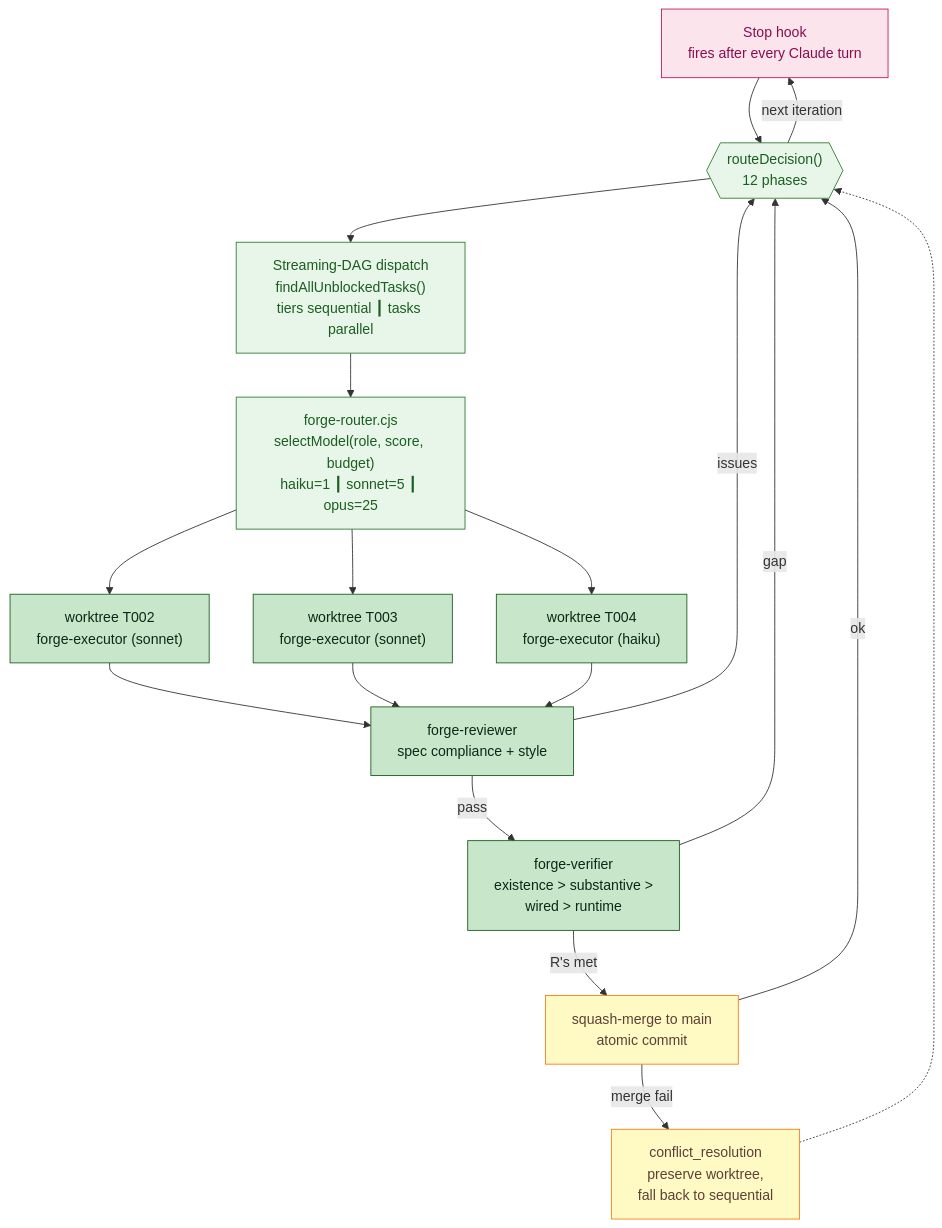
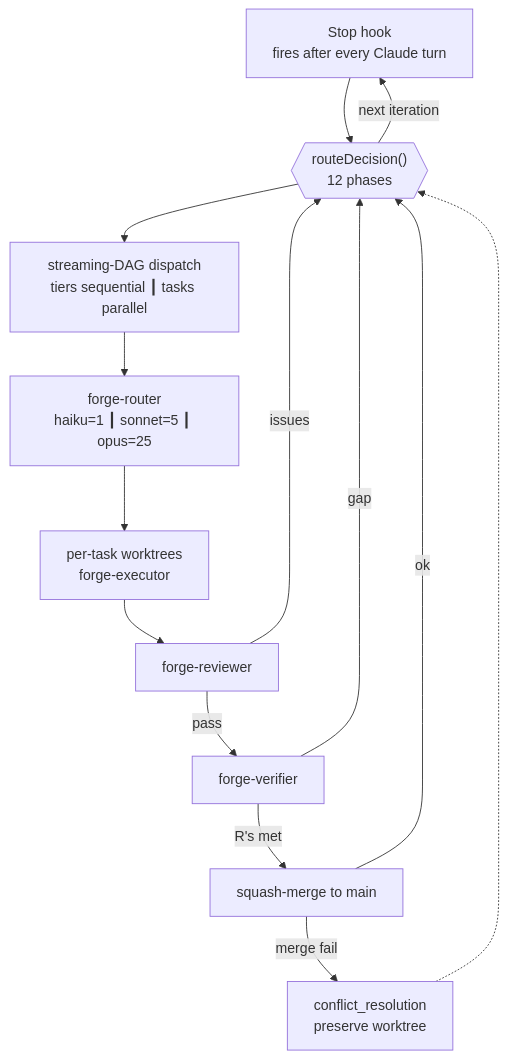
Before and after one commit to LucasDuys/forge: the second of 6 diagrams in README.md, drawn with Mermaid. The commit also changed other lines of this file, not shown here.

````diff
--- a/README.md
+++ b/README.md
@@ -137,42 +235,16 @@
 ```mermaid
 flowchart TB
-    Stop["Stop hook<br/>fires after every Claude turn"]
-    SM{{"routeDecision()<br/>12 phases"}}
-    Dispatch["Streaming-DAG dispatch<br/>findAllUnblockedTasks()<br/>tiers sequential ┃ tasks parallel"]
-    Router["forge-router.cjs<br/>selectModel(role, score, budget)<br/>haiku=1 ┃ sonnet=5 ┃ opus=25"]
-    Wt1["worktree T002<br/>forge-executor (sonnet)"]
-    Wt2["worktree T003<br/>forge-executor (sonnet)"]
-    Wt3["worktree T004<br/>forge-executor (haiku)"]
-    Reviewer["forge-reviewer<br/>spec compliance + style"]
-    Verifier["forge-verifier<br/>existence > substantive ><br/>wired > runtime"]
-    Squash["squash-merge to main<br/>atomic commit"]
-    Conflict["conflict_resolution<br/>preserve worktree,<br/>fall back to sequential"]
-
-    Stop --> SM
-    SM --> Dispatch
-    Dispatch --> Router
-    Router --> Wt1
-    Router --> Wt2
-    Router --> Wt3
-    Wt1 --> Reviewer
-    Wt2 --> Reviewer
-    Wt3 --> Reviewer
+    Stop["Stop hook<br/>fires after every Claude turn"] --> SM{{"routeDecision()<br/>12 phases"}}
+    SM --> Dispatch["streaming-DAG dispatch<br/>tiers sequential ┃ tasks parallel"]
+    Dispatch --> Router["forge-router<br/>haiku=1 ┃ sonnet=5 ┃ opus=25"]
+    Router --> Wts["per-task worktrees<br/>forge-executor"]
+    Wts --> Reviewer["forge-reviewer"]
     Reviewer -->|issues| SM
-    Reviewer -->|pass| Verifier
+    Reviewer -->|pass| Verifier["forge-verifier"]
     Verifier -->|gap| SM
-    Verifier -->|R's met| Squash
-    Squash -->|merge fail| Conflict
+    Verifier -->|R's met| Squash["squash-merge to main"]
+    Squash -->|merge fail| Conflict["conflict_resolution<br/>preserve worktree"]
     Squash -->|ok| SM
     Conflict -.-> SM
     SM -->|next iteration| Stop
-
-    classDef stop fill:#fce4ec,stroke:#c2185b,color:#880e4f
-    classDef sm fill:#e8f5e9,stroke:#2e7d32,color:#1b5e20
-    classDef agent fill:#c8e6c9,stroke:#1b5e20,color:#0d2818
-    classDef gate fill:#fff9c4,stroke:#f57f17,color:#5d4037
-
-    class Stop stop
-    class SM,Dispatch,Router sm
-    class Wt1,Wt2,Wt3,Reviewer,Verifier agent
-    class Squash,Conflict gate
 ```
````
